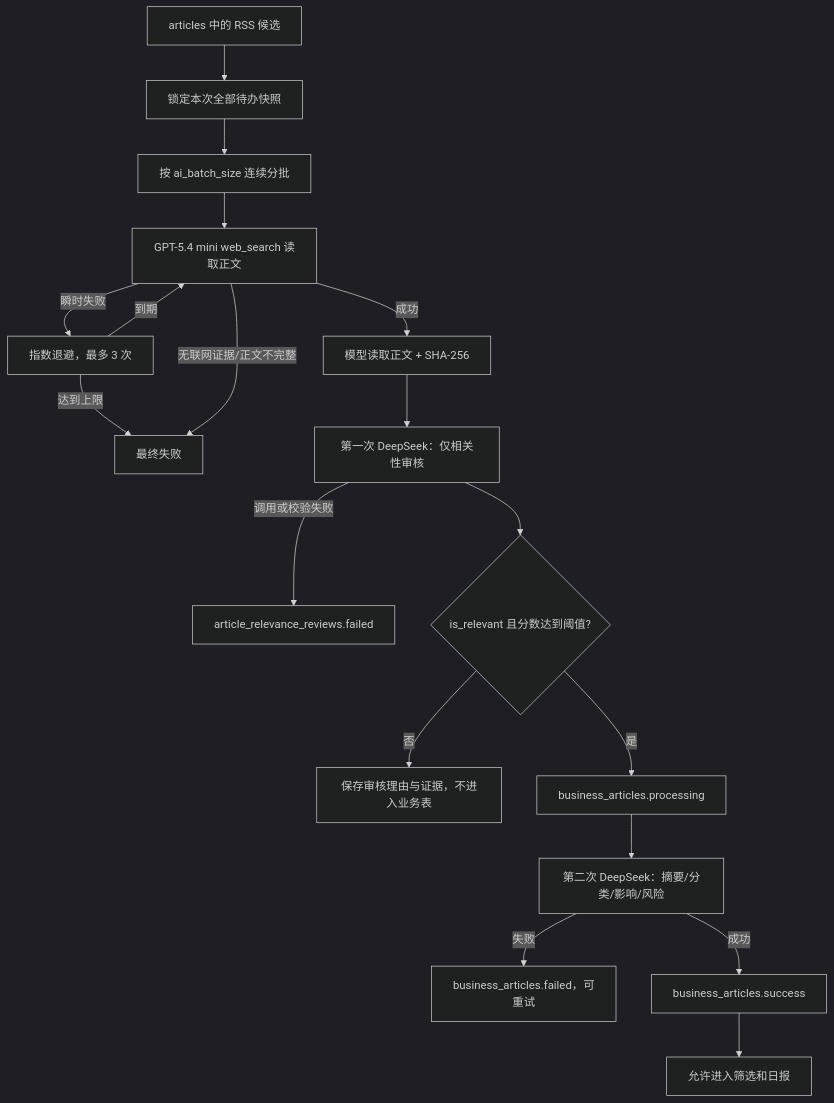
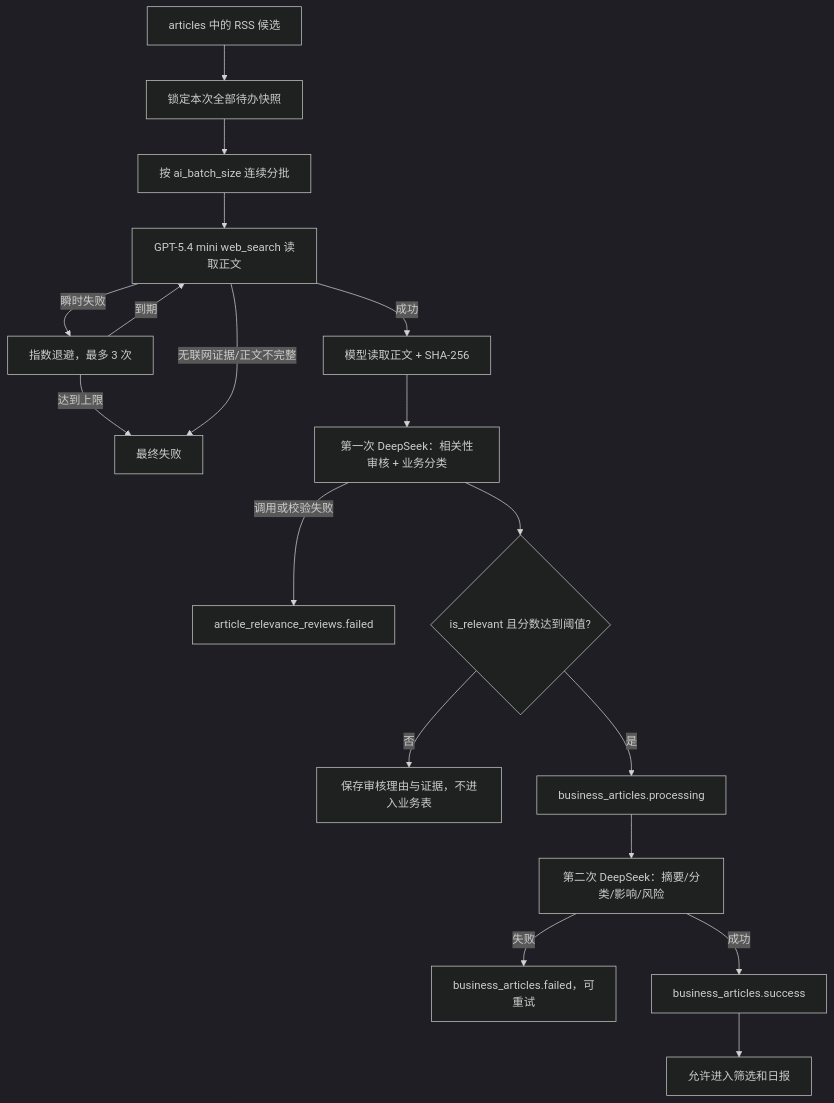
Before and after one commit to shiye1213/intco-rss-collector: the third of 6 diagrams in docs/technical-design.md, drawn with Mermaid (dark theme). The commit also changed other lines of this file and 14 other files, not shown here.

````diff
--- a/docs/technical-design.md
+++ b/docs/technical-design.md
@@ -175,20 +175,20 @@
 ```mermaid
 flowchart TD
     Candidate["articles 中的 RSS 候选"] --> Snapshot["锁定本次全部待办快照"]
     Snapshot --> Batch["按 ai_batch_size 连续分批"]
     Batch --> Read["GPT-5.4 mini web_search 读取正文"]
     Read -->|"瞬时失败"| Backoff["指数退避，最多 3 次"]
     Backoff -->|"到期"| Read
     Backoff -->|"达到上限"| FetchError["最终失败"]
     Read -->|"无联网证据/正文不完整"| FetchError
     Read -->|"成功"| Content["模型读取正文 + SHA-256"]
-    Content --> Review["第一次 DeepSeek：仅相关性审核"]
+    Content --> Review["第一次 DeepSeek：相关性审核 + 业务分类"]
     Review -->|"调用或校验失败"| ReviewError["article_relevance_reviews.failed"]
     Review --> Gate{"is_relevant 且分数达到阈值?"}
     Gate -->|"否"| Rejected["保存审核理由与证据，不进入业务表"]
     Gate -->|"是"| Accepted["business_articles.processing"]
     Accepted --> Analysis["第二次 DeepSeek：摘要/分类/影响/风险"]
     Analysis -->|"失败"| AnalysisError["business_articles.failed，可重试"]
     Analysis -->|"成功"| Intelligence["business_articles.success"]
     Intelligence --> ReportSource["允许进入筛选和日报"]
 ```
````
